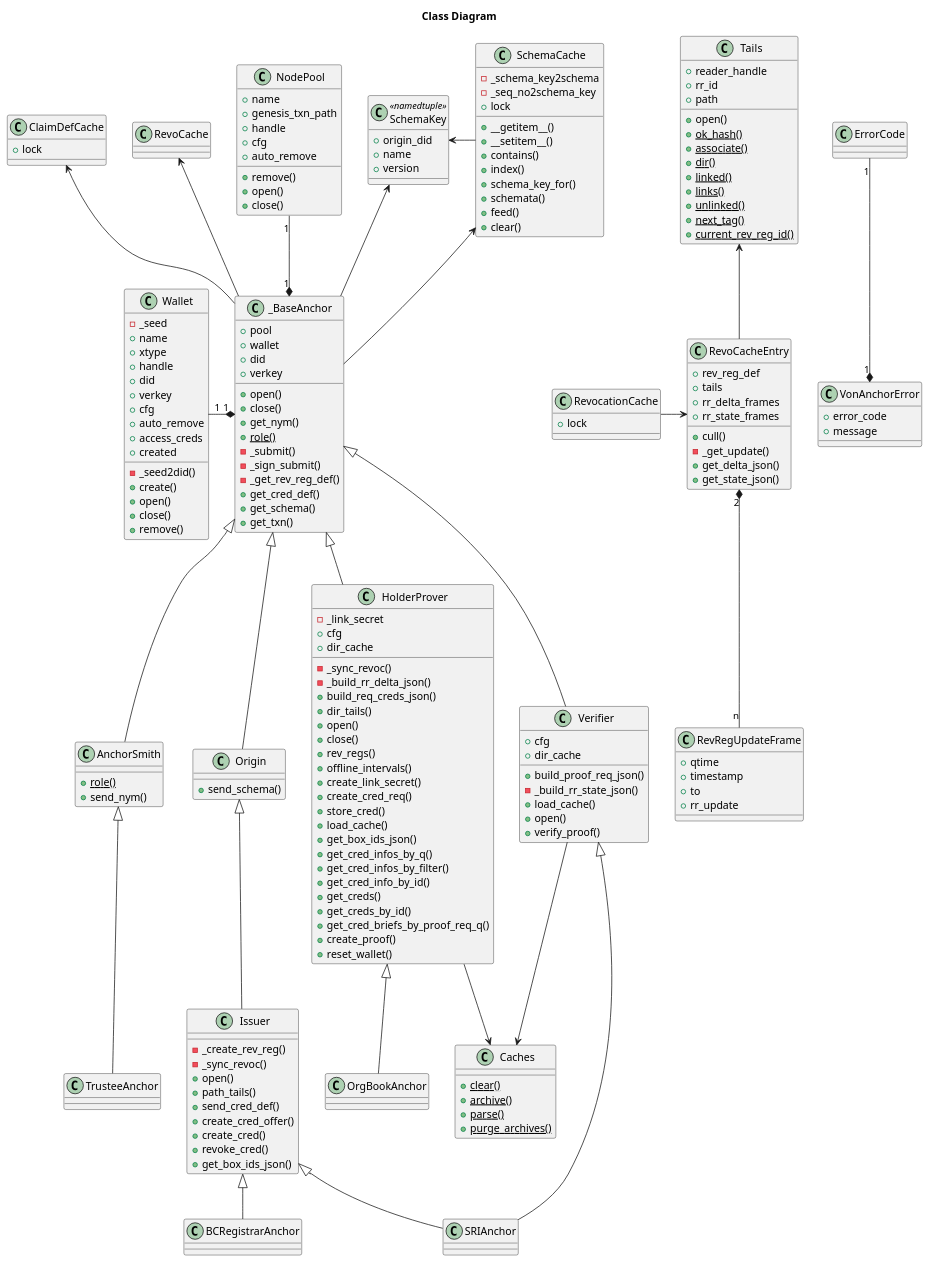
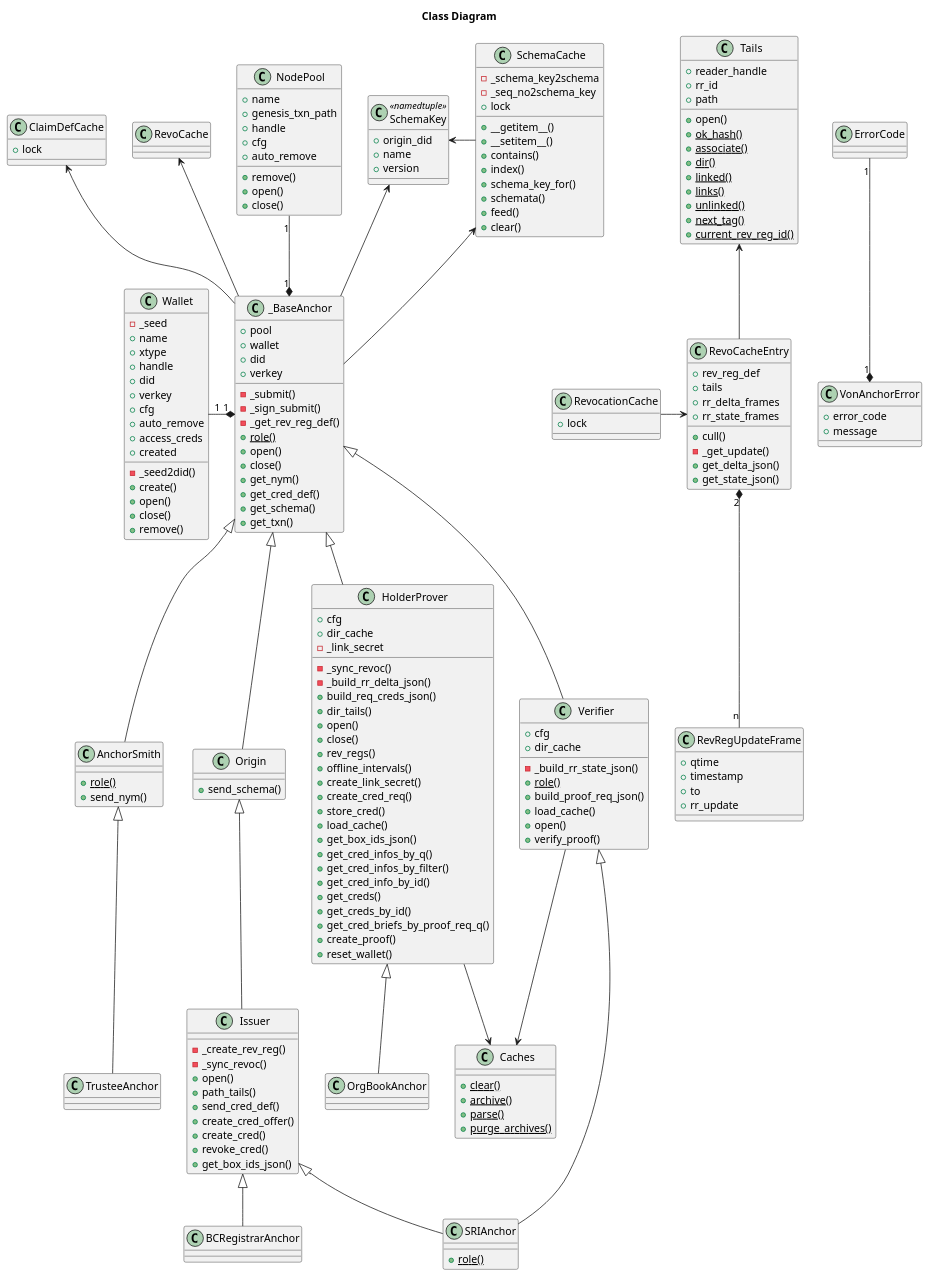
Before and after one commit to PSPC-SPAC-buyandsell/von_base: the diagram in doc/pic/src/class.puml, drawn with PlantUML. The commit also changed 3 other files, not shown here.

Commit message:
track indy-sdk 1.6.1-dev-684, storing rev-reg-ids as cred tags

```diff
--- a/doc/pic/src/class.puml
+++ b/doc/pic/src/class.puml
@@ -127,13 +127,13 @@
     +wallet
     +did
     +verkey
+    -_submit()
+    -_sign_submit()
+    -_get_rev_reg_def()
+    {static} +role()
     +open()
     +close()
     +get_nym()
-    {static} +role()
-    -_submit()
-    -_sign_submit()
-    -_get_rev_reg_def()
     +get_cred_def()
     +get_schema()
     +get_txn()
@@ -161,11 +161,11 @@
 }
 
 class HolderProver {
+    +cfg
+    +dir_cache
     -_link_secret
     -_sync_revoc()
     -_build_rr_delta_json()
-    +cfg
-    +dir_cache
     +build_req_creds_json()
     +dir_tails()
     +open()
@@ -188,10 +188,11 @@
 }
 
 class Verifier {
-    +build_proof_req_json()
-    -_build_rr_state_json()
     +cfg
     +dir_cache
+    -_build_rr_state_json()
+    {static} +role()
+    +build_proof_req_json()
     +load_cache()
     +open()
     +verify_proof()
@@ -201,6 +202,7 @@
 }
 
 class SRIAnchor {
+    {static} +role()
 }
 
 class BCRegistrarAnchor {
```
